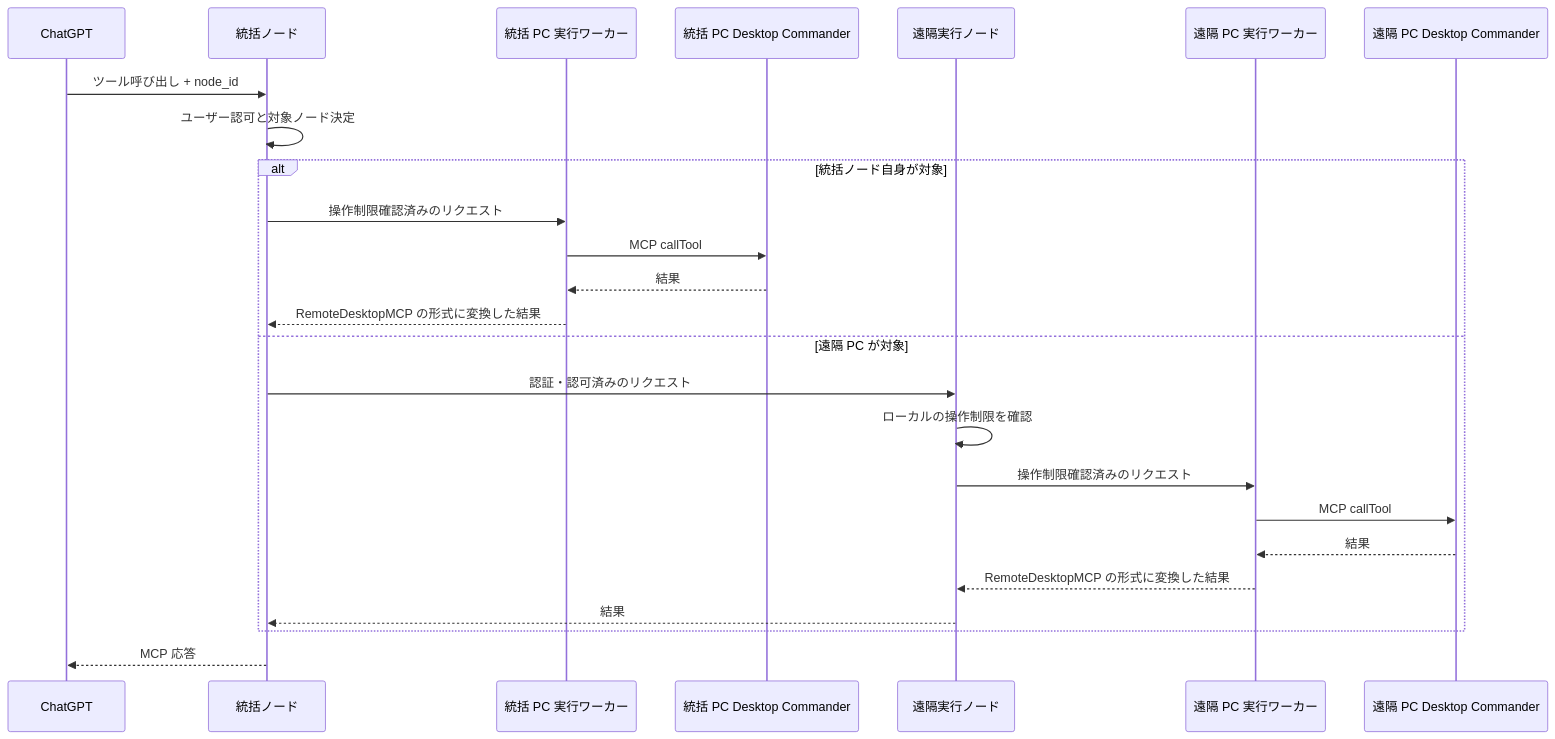
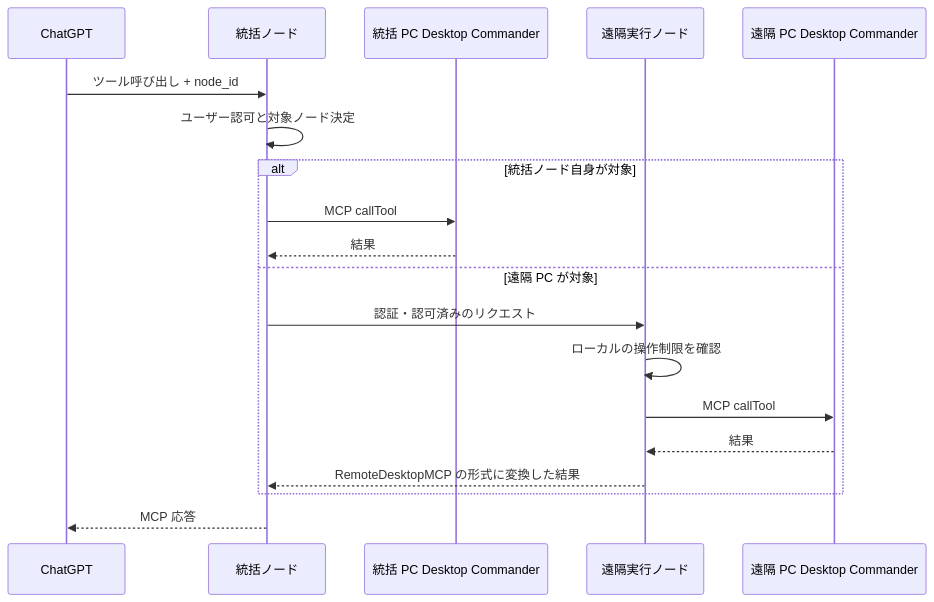
The second of 2 diagrams in doc/design/multi-pc-architecture.md (ssaattww/RemoteDesktopMCP), drawn with Mermaid before and after one commit. The commit also changed other lines of this file and 7 other files, not shown here.

````diff
--- a/doc/design/multi-pc-architecture.md
+++ b/doc/design/multi-pc-architecture.md
@@ -397,28 +357,22 @@
 ```mermaid
 sequenceDiagram
     participant U as ChatGPT
     participant C as 統括ノード
-    participant LA as 統括 PC 実行ワーカー
     participant LD as 統括 PC Desktop Commander
     participant R as 遠隔実行ノード
-    participant RA as 遠隔 PC 実行ワーカー
     participant RD as 遠隔 PC Desktop Commander
 
     U->>C: ツール呼び出し + node_id
     C->>C: ユーザー認可と対象ノード決定
     alt 統括ノード自身が対象
-        C->>LA: 操作制限確認済みのリクエスト
-        LA->>LD: MCP callTool
-        LD-->>LA: 結果
-        LA-->>C: RemoteDesktopMCP の形式に変換した結果
+        C->>LD: MCP callTool
+        LD-->>C: 結果
     else 遠隔 PC が対象
         C->>R: 認証・認可済みのリクエスト
         R->>R: ローカルの操作制限を確認
-        R->>RA: 操作制限確認済みのリクエスト
-        RA->>RD: MCP callTool
-        RD-->>RA: 結果
-        RA-->>R: RemoteDesktopMCP の形式に変換した結果
-        R-->>C: 結果
+        R->>RD: MCP callTool
+        RD-->>R: 結果
+        R-->>C: RemoteDesktopMCP の形式に変換した結果
     end
     C-->>U: MCP 応答
 ```
````
